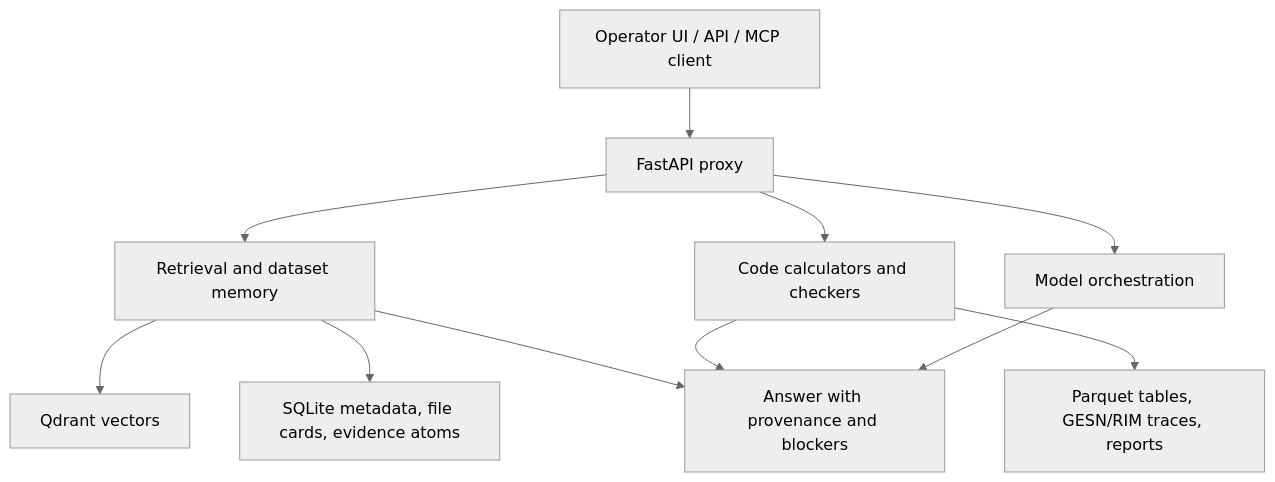
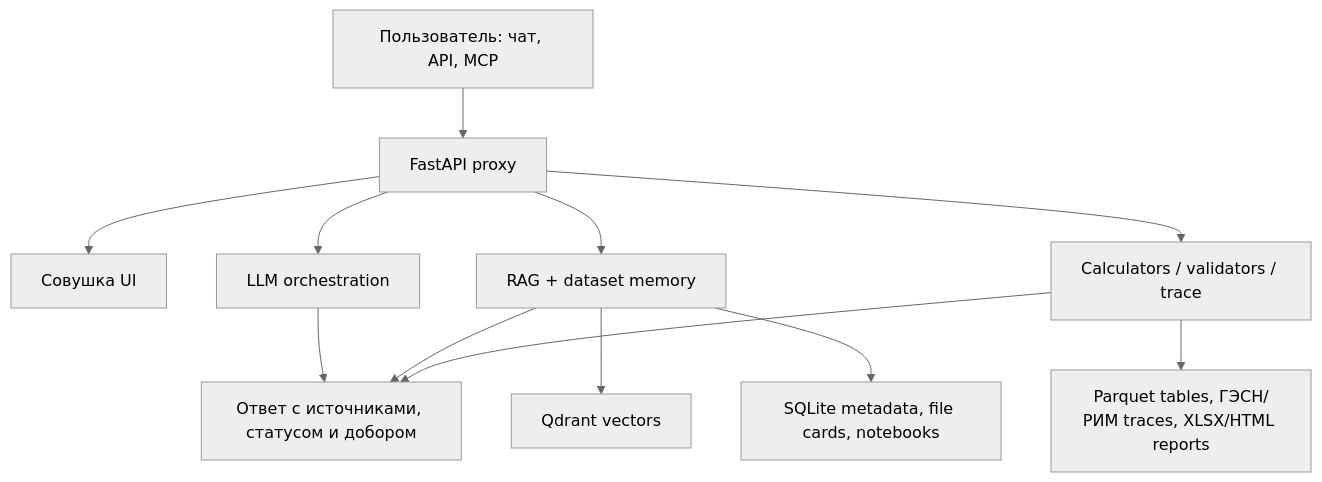
One commit to proovcme/les_rag_public changed the diagram in README.md. Above: the diagram before and after it, drawn with Mermaid (neutral theme). The commit also changed other lines of this file, not shown here.

````diff
--- a/README.md
+++ b/README.md
@@ -91,13 +44,14 @@
 ```mermaid
 flowchart TB
-    U["Operator UI / API / MCP client"] --> P["FastAPI proxy"]
-    P --> M["Model orchestration"]
-    P --> R["Retrieval and dataset memory"]
-    P --> C["Code calculators and checkers"]
+    U["Пользователь: чат, API, MCP"] --> P["FastAPI proxy"]
+    P --> S["Совушка UI"]
+    P --> M["LLM orchestration"]
+    P --> R["RAG + dataset memory"]
+    P --> C["Calculators / validators / trace"]
     R --> Q["Qdrant vectors"]
-    R --> S["SQLite metadata, file cards, evidence atoms"]
-    C --> T["Parquet tables, GESN/RIM traces, reports"]
-    M --> A["Answer with provenance and blockers"]
+    R --> DB["SQLite metadata, file cards, notebooks"]
+    C --> T["Parquet tables, ГЭСН/РИМ traces, XLSX/HTML reports"]
+    M --> A["Ответ с источниками, статусом и добором"]
+    R --> A
     C --> A
-    R --> A
 ```
````
